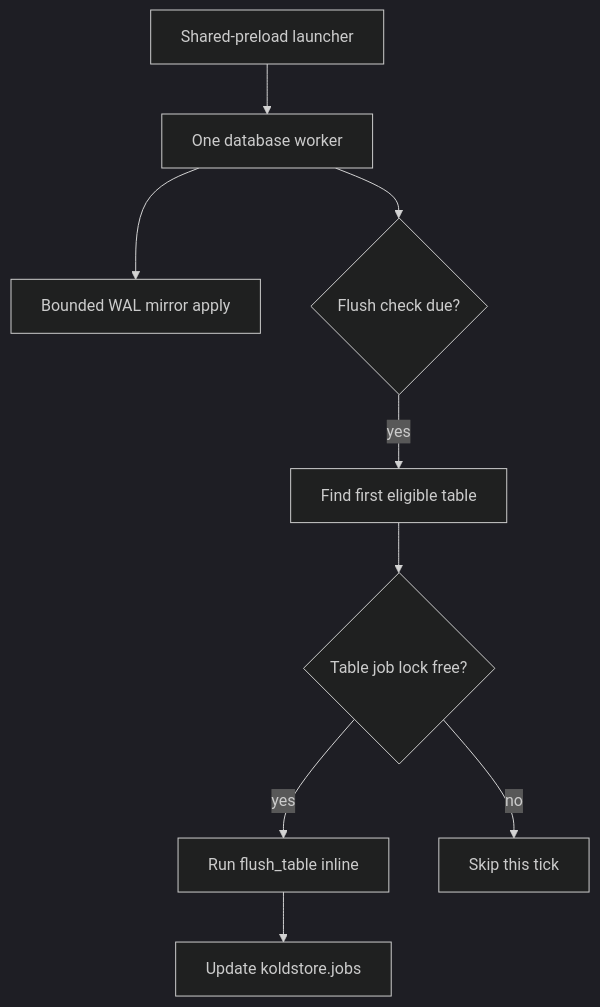
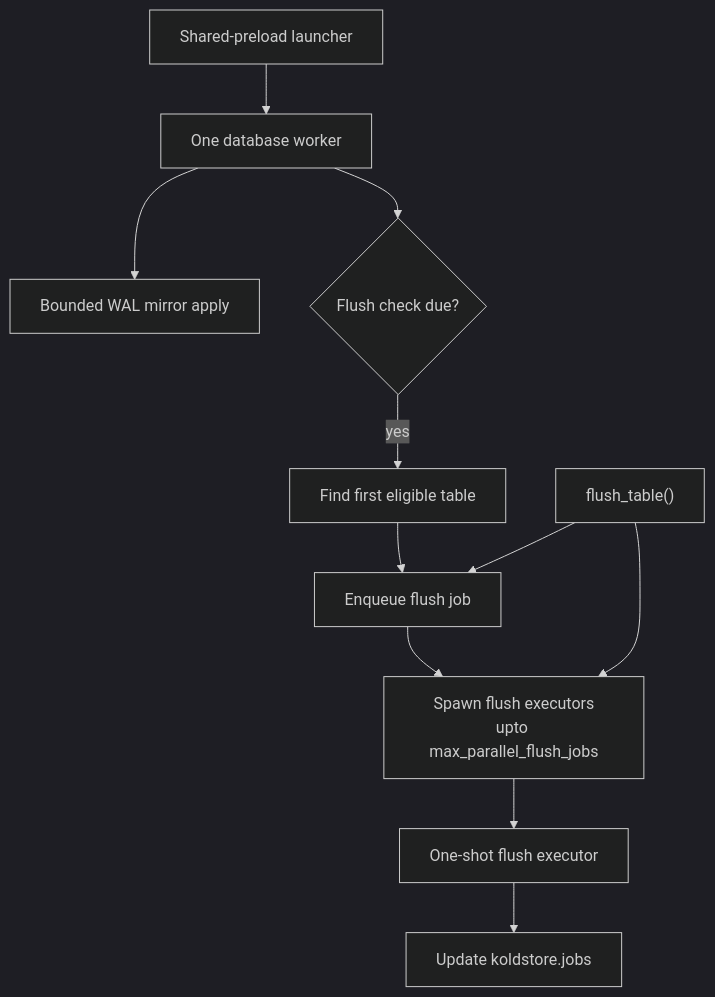
The diagram in docs/architecture/jobs-and-scheduler.md (kalamdb/koldstore), drawn with Mermaid (dark theme) before and after one commit. The commit also changed other lines of this file and 27 other files, not shown here.

First line of the commit message:
Skip undersized flush jobs and fix queue job progress tracking.

````diff
--- a/docs/architecture/jobs-and-scheduler.md
+++ b/docs/architecture/jobs-and-scheduler.md
@@ -11,11 +14,13 @@
 ```mermaid
 flowchart TD
   launcher["Shared-preload launcher"] --> worker["One database worker"]
   worker --> apply["Bounded WAL mirror apply"]
   worker --> cadence{"Flush check due?"}
   cadence -->|yes| candidate["Find first eligible table"]
-  candidate --> lock{"Table job lock free?"}
-  lock -->|yes| flush["Run flush_table inline"]
-  lock -->|no| skip["Skip this tick"]
-  flush --> jobs["Update koldstore.jobs"]
+  candidate --> enqueue["Enqueue flush job"]
+  enqueue --> spawn["Spawn flush executors\nupto max_parallel_flush_jobs"]
+  client["flush_table()"] --> enqueue
+  client --> spawn
+  spawn --> exec["One-shot flush executor"]
+  exec --> jobs["Update koldstore.jobs"]
 ```
````
